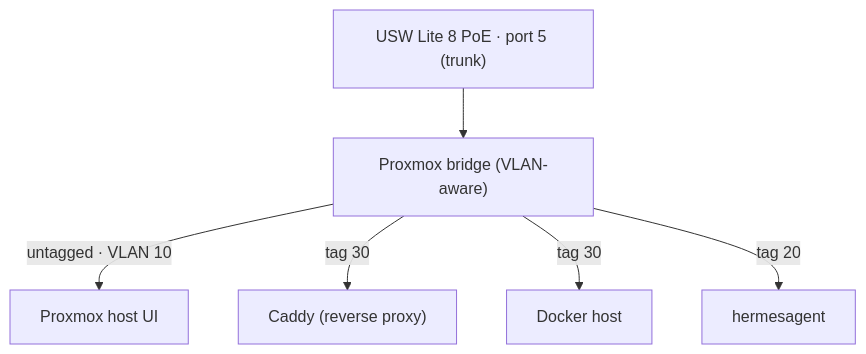
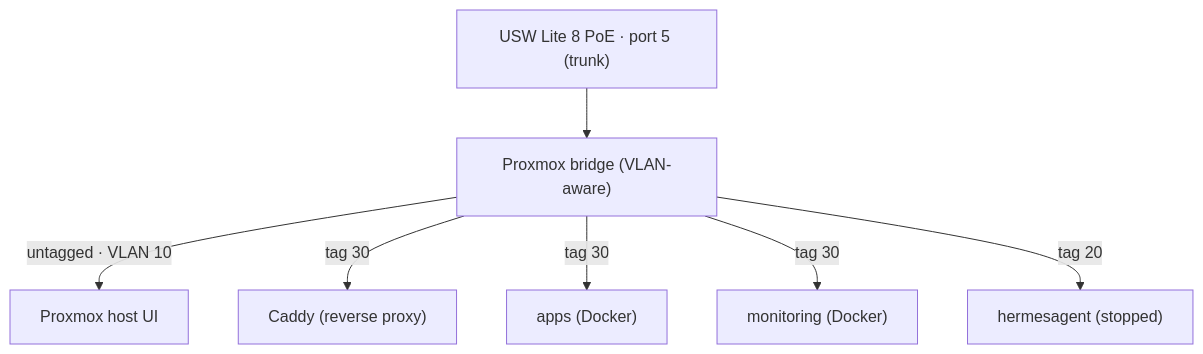
Before and after one commit to shaaz-f/home-server: the diagram in docs/homelab.md, drawn with Mermaid. The commit also changed other lines of this file and 5 other files, not shown here.

First line of the commit message:
Document DMZ zone, monitoring and apps VMs

````diff
--- a/docs/homelab.md
+++ b/docs/homelab.md
@@ -13,8 +13,9 @@
 ```mermaid
 flowchart TD
     SW["USW Lite 8 PoE · port 5 (trunk)"] --> BR["Proxmox bridge (VLAN-aware)"]
     BR -- "untagged · VLAN 10" --> HOST["Proxmox host UI"]
     BR -- "tag 30" --> CADDY["Caddy (reverse proxy)"]
-    BR -- "tag 30" --> DOCKER["Docker host"]
-    BR -- "tag 20" --> HERMES["hermesagent"]
+    BR -- "tag 30" --> APPS["apps (Docker)"]
+    BR -- "tag 30" --> MON["monitoring (Docker)"]
+    BR -- "tag 20" --> HERMES["hermesagent (stopped)"]
 ```
````
